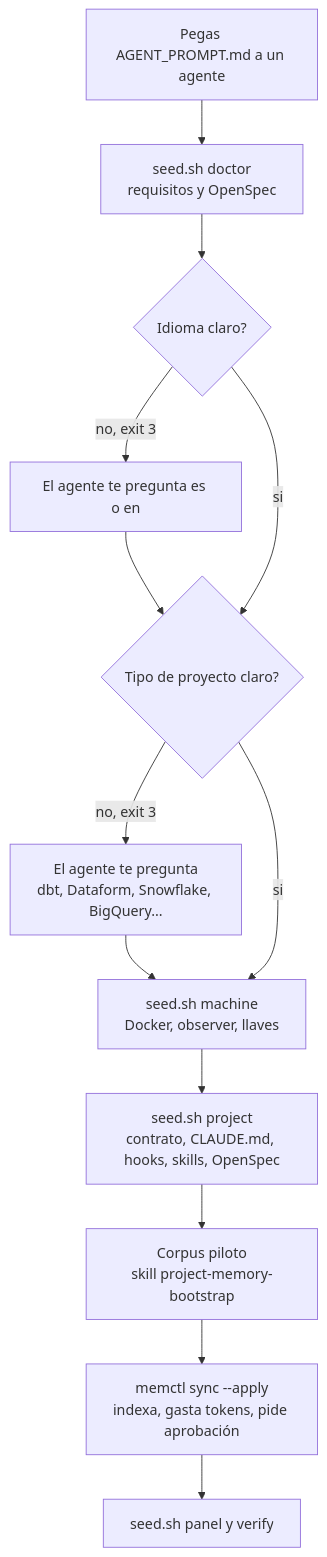
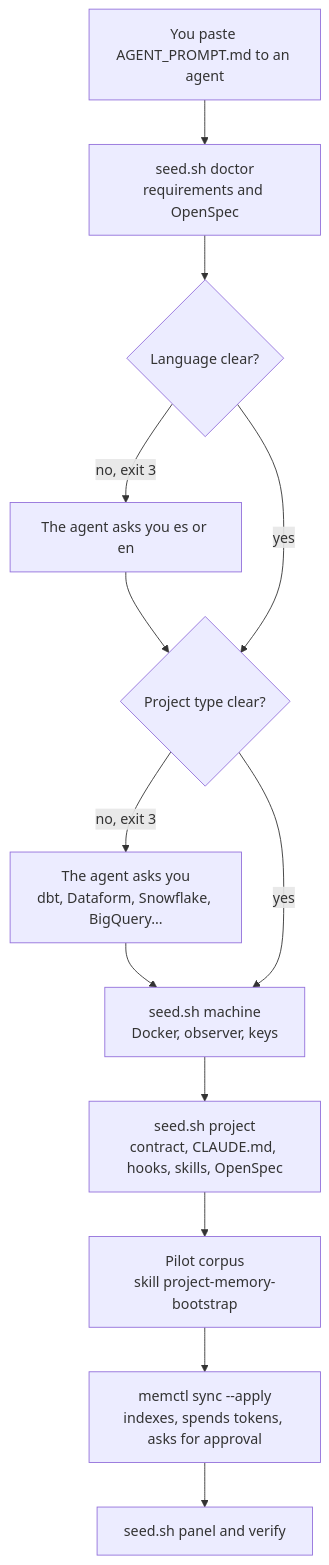
The second of 8 diagrams in docs/HOW_IT_WORKS.md (WRopero/Timewarden), drawn with Mermaid before and after one commit. The commit also changed other lines of this file and 97 other files, not shown here.

````diff
--- a/docs/HOW_IT_WORKS.md
+++ b/docs/HOW_IT_WORKS.md
@@ -34,13 +34,13 @@
 ```mermaid
 flowchart TD
-  A["Pegas AGENT_PROMPT.md a un agente"] --> B["seed.sh doctor<br/>requisitos y OpenSpec"]
-  B --> C{"Idioma claro?"}
-  C -->|"no, exit 3"| C2["El agente te pregunta es o en"] --> D
-  C -->|"si"| D{"Tipo de proyecto claro?"}
-  D -->|"no, exit 3"| D2["El agente te pregunta<br/>dbt, Dataform, Snowflake, BigQuery..."] --> E
-  D -->|"si"| E["seed.sh machine<br/>Docker, observer, llaves"]
-  E --> F["seed.sh project<br/>contrato, CLAUDE.md, hooks, skills, OpenSpec"]
-  F --> G["Corpus piloto<br/>skill project-memory-bootstrap"]
-  G --> H["memctl sync --apply<br/>indexa, gasta tokens, pide aprobación"]
-  H --> I["seed.sh panel y verify"]
+  A["You paste AGENT_PROMPT.md to an agent"] --> B["seed.sh doctor<br/>requirements and OpenSpec"]
+  B --> C{"Language clear?"}
+  C -->|"no, exit 3"| C2["The agent asks you es or en"] --> D
+  C -->|"yes"| D{"Project type clear?"}
+  D -->|"no, exit 3"| D2["The agent asks you<br/>dbt, Dataform, Snowflake, BigQuery..."] --> E
+  D -->|"yes"| E["seed.sh machine<br/>Docker, observer, keys"]
+  E --> F["seed.sh project<br/>contract, CLAUDE.md, hooks, skills, OpenSpec"]
+  F --> G["Pilot corpus<br/>skill project-memory-bootstrap"]
+  G --> H["memctl sync --apply<br/>indexes, spends tokens, asks for approval"]
+  H --> I["seed.sh panel and verify"]
 ```
````
